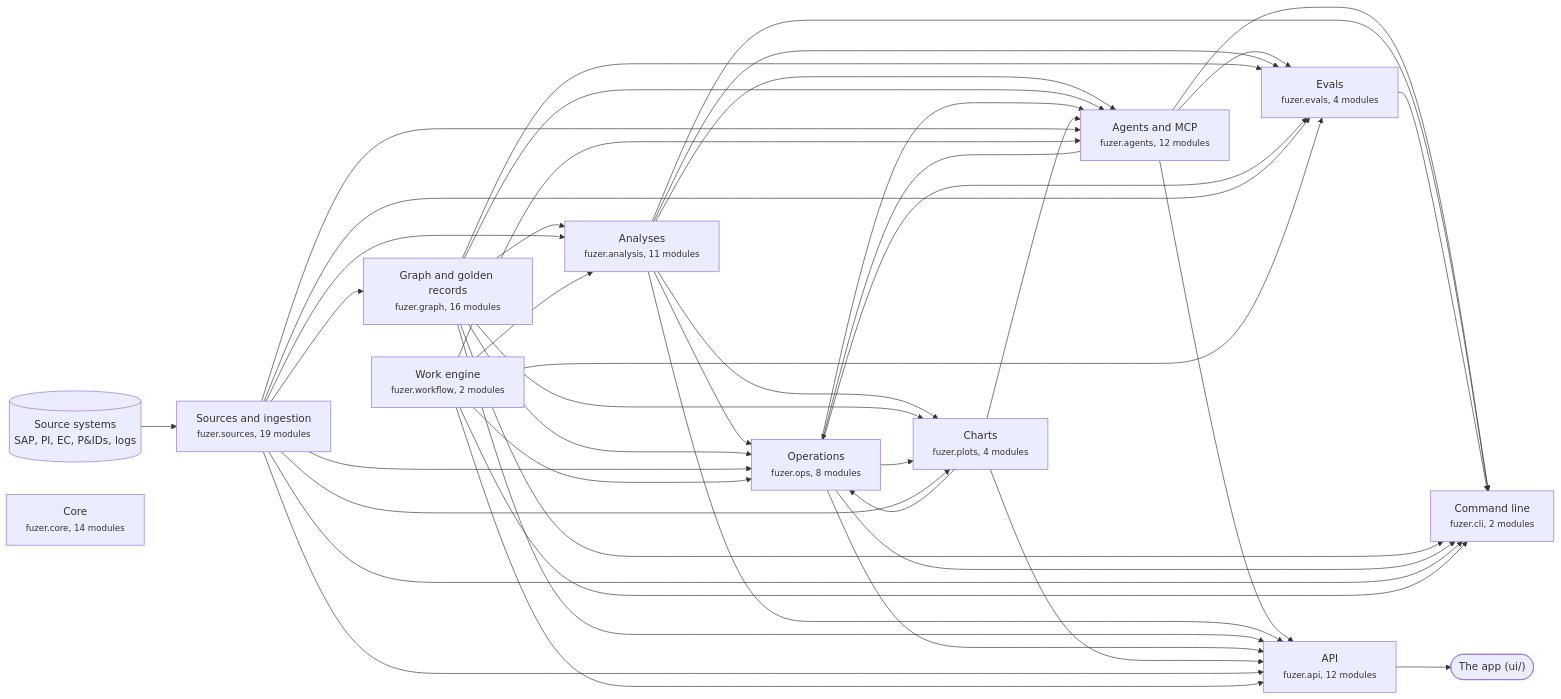
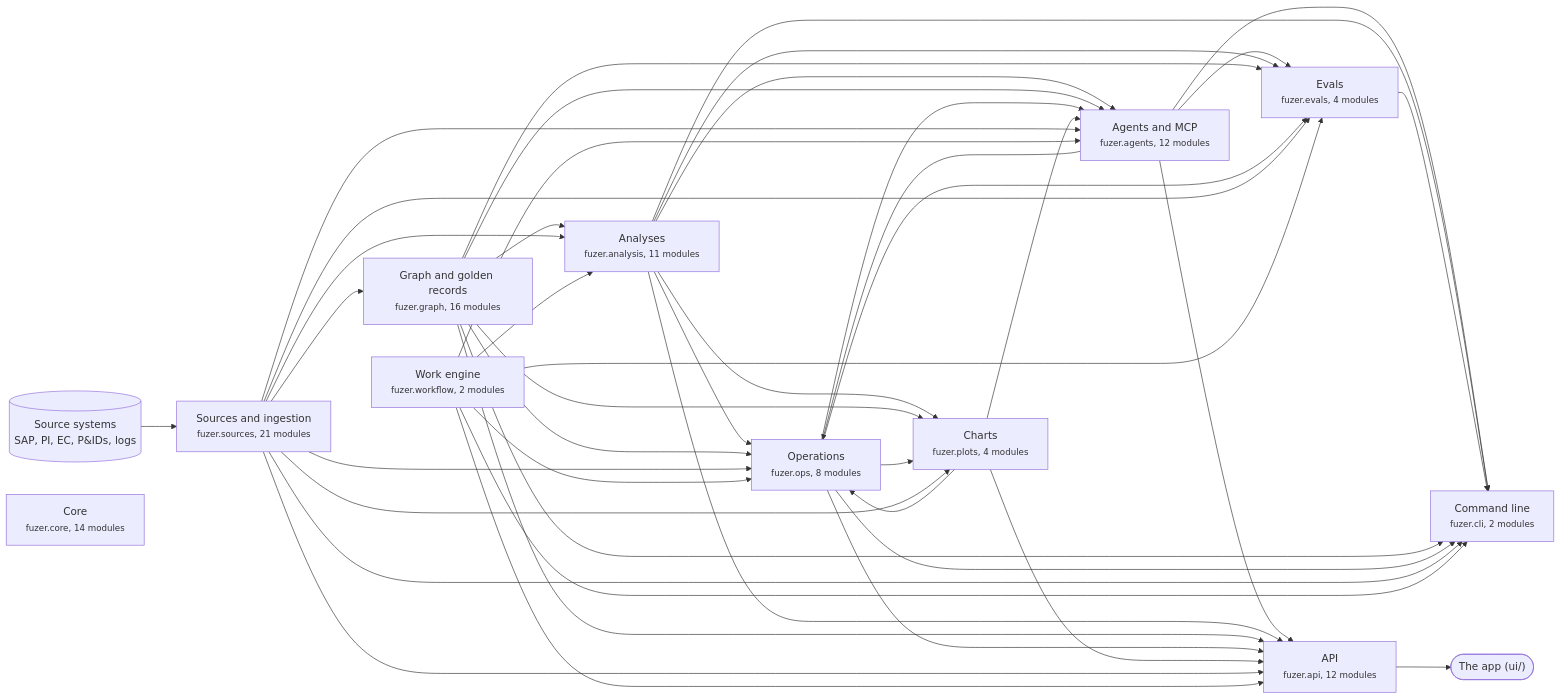
One commit to areed145/fuzer changed the first of 3 diagrams in docs/architecture.md. Above: the diagram before and after it, drawn with Mermaid. The commit also changed other lines of this file and 15 other files, not shown here.

````diff
--- a/docs/architecture.md
+++ b/docs/architecture.md
@@ -8,68 +8,68 @@
 ```mermaid
 flowchart LR
   systems[("Source systems<br>SAP, PI, EC, P&IDs, logs")] --> c_sources
   app(["The app (ui/)"])
   c_api --> app
-  c_sources["Sources and ingestion<br><small>fuzer.sources, 19 modules</small>"]
+  c_sources["Sources and ingestion<br><small>fuzer.sources, 21 modules</small>"]
   c_graph["Graph and golden records<br><small>fuzer.graph, 16 modules</small>"]
   c_analysis["Analyses<br><small>fuzer.analysis, 11 modules</small>"]
   c_ops["Operations<br><small>fuzer.ops, 8 modules</small>"]
   c_plots["Charts<br><small>fuzer.plots, 4 modules</small>"]
   c_workflow["Work engine<br><small>fuzer.workflow, 2 modules</small>"]
   c_agents["Agents and MCP<br><small>fuzer.agents, 12 modules</small>"]
   c_evals["Evals<br><small>fuzer.evals, 4 modules</small>"]
   c_api["API<br><small>fuzer.api, 12 modules</small>"]
   c_cli["Command line<br><small>fuzer.cli, 2 modules</small>"]
   c_core["Core<br><small>fuzer.core, 14 modules</small>"]
   c_sources --> c_graph
   c_graph --> c_analysis
   c_sources --> c_analysis
   c_workflow --> c_analysis
   c_agents --> c_ops
   c_analysis --> c_ops
   c_graph --> c_ops
   c_plots --> c_ops
   c_sources --> c_ops
   c_workflow --> c_ops
   c_analysis --> c_plots
   c_graph --> c_plots
   c_ops --> c_plots
   c_sources --> c_plots
   c_analysis --> c_agents
   c_graph --> c_agents
   c_ops --> c_agents
   c_plots --> c_agents
   c_sources --> c_agents
   c_workflow --> c_agents
   c_agents --> c_evals
   c_analysis --> c_evals
   c_graph --> c_evals
   c_ops --> c_evals
   c_sources --> c_evals
   c_workflow --> c_evals
   c_agents --> c_api
   c_analysis --> c_api
   c_graph --> c_api
   c_ops --> c_api
   c_plots --> c_api
   c_sources --> c_api
   c_workflow --> c_api
   c_agents --> c_cli
   c_analysis --> c_cli
   c_evals --> c_cli
   c_graph --> c_cli
   c_ops --> c_cli
   c_sources --> c_cli
   c_workflow --> c_cli
   click c_sources "https://github.com/areed145/fuzer/tree/main/src/fuzer/sources"
   click c_graph "https://github.com/areed145/fuzer/tree/main/src/fuzer/graph"
   click c_analysis "https://github.com/areed145/fuzer/tree/main/src/fuzer/analysis"
   click c_ops "https://github.com/areed145/fuzer/tree/main/src/fuzer/ops"
   click c_plots "https://github.com/areed145/fuzer/tree/main/src/fuzer/plots"
   click c_workflow "https://github.com/areed145/fuzer/tree/main/src/fuzer/workflow"
   click c_agents "https://github.com/areed145/fuzer/tree/main/src/fuzer/agents"
   click c_evals "https://github.com/areed145/fuzer/tree/main/src/fuzer/evals"
   click c_api "https://github.com/areed145/fuzer/tree/main/src/fuzer/api"
   click c_cli "https://github.com/areed145/fuzer/tree/main/src/fuzer/cli"
   click c_core "https://github.com/areed145/fuzer/tree/main/src/fuzer/core"
 ```
````
